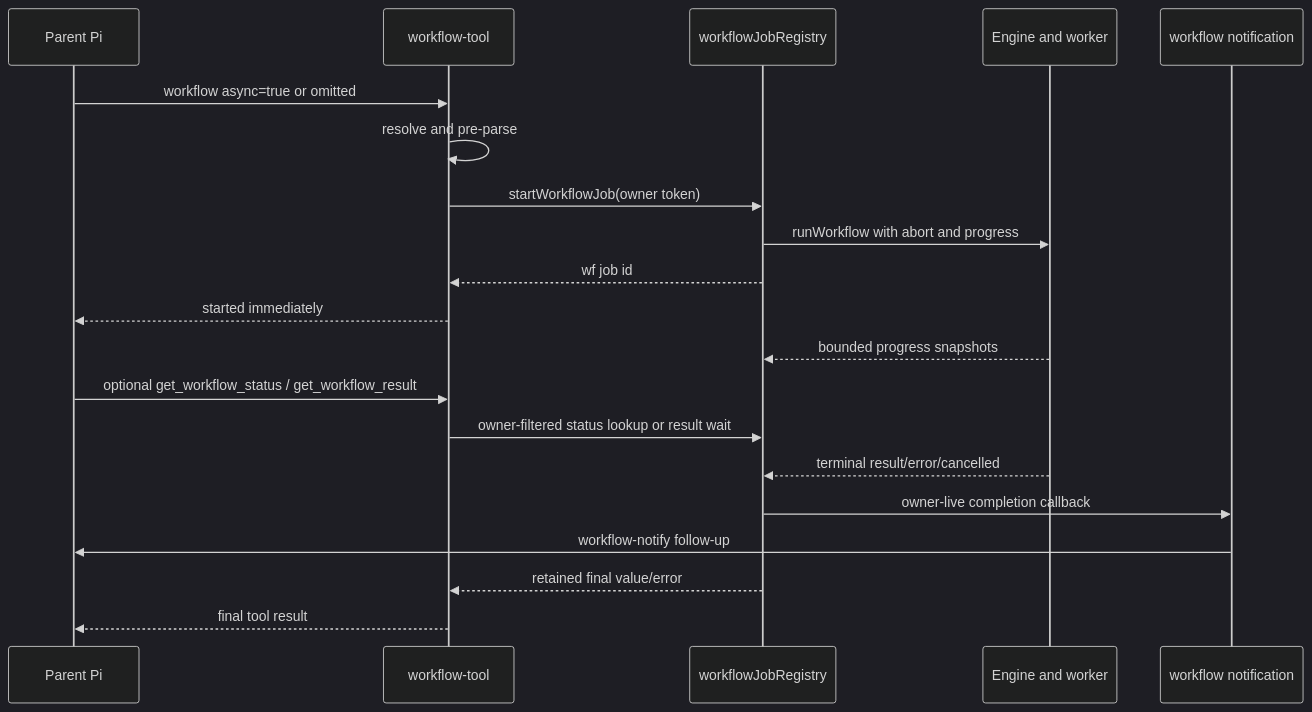
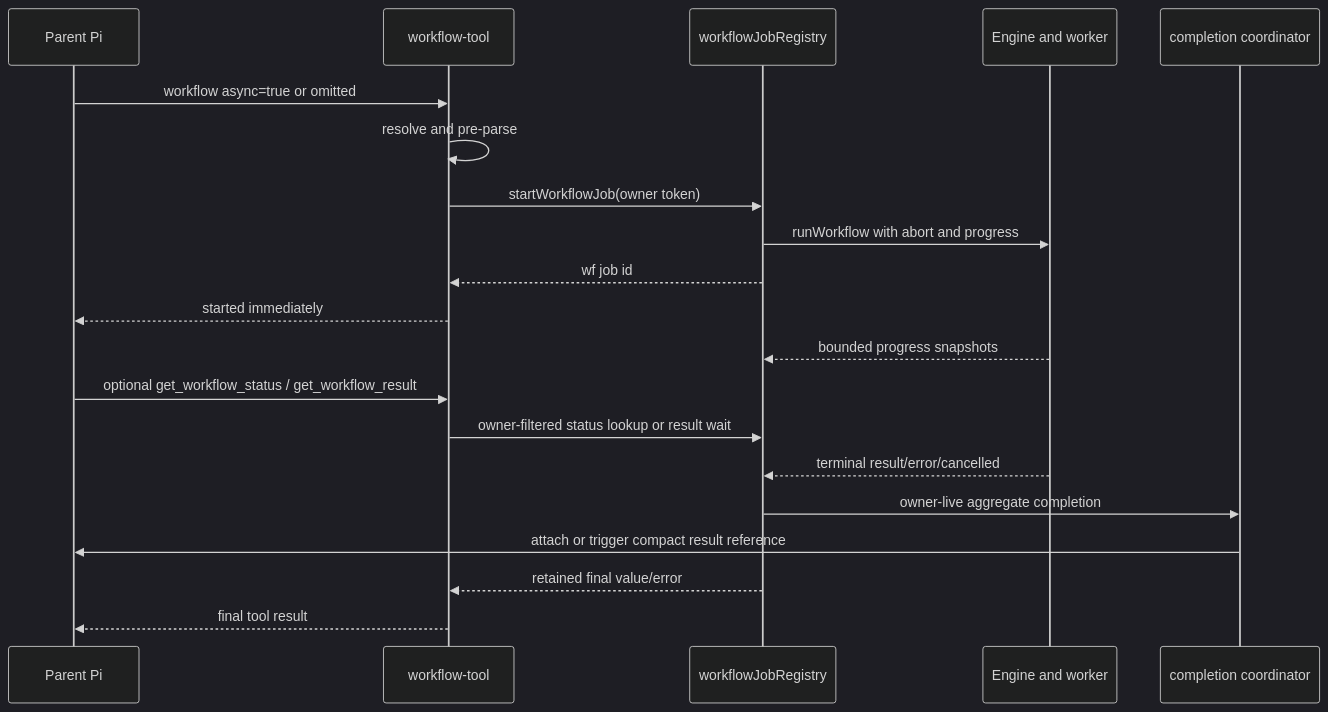
One commit to avi2d/pi-subagentura changed the eighth of 8 diagrams in architecture.md. Above: the diagram before and after it, drawn with Mermaid (dark theme). The commit also changed other lines of this file and 32 other files, not shown here.

````diff
--- a/architecture.md
+++ b/architecture.md
@@ -819,23 +803,23 @@
 ```mermaid
 sequenceDiagram
   participant Pi as Parent Pi
   participant T as workflow-tool
   participant J as workflowJobRegistry
   participant E as Engine and worker
-  participant N as workflow notification
+  participant C as completion coordinator
 
   Pi->>T: workflow async=true or omitted
   T->>T: resolve and pre-parse
   T->>J: startWorkflowJob(owner token)
   J->>E: runWorkflow with abort and progress
   J-->>T: wf job id
   T-->>Pi: started immediately
   E-->>J: bounded progress snapshots
   Pi->>T: optional get_workflow_status / get_workflow_result
   T->>J: owner-filtered status lookup or result wait
   E-->>J: terminal result/error/cancelled
-  J->>N: owner-live completion callback
-  N->>Pi: workflow-notify follow-up
+  J->>C: owner-live aggregate completion
+  C->>Pi: attach or trigger compact result reference
   J-->>T: retained final value/error
   T-->>Pi: final tool result
 ```
````
